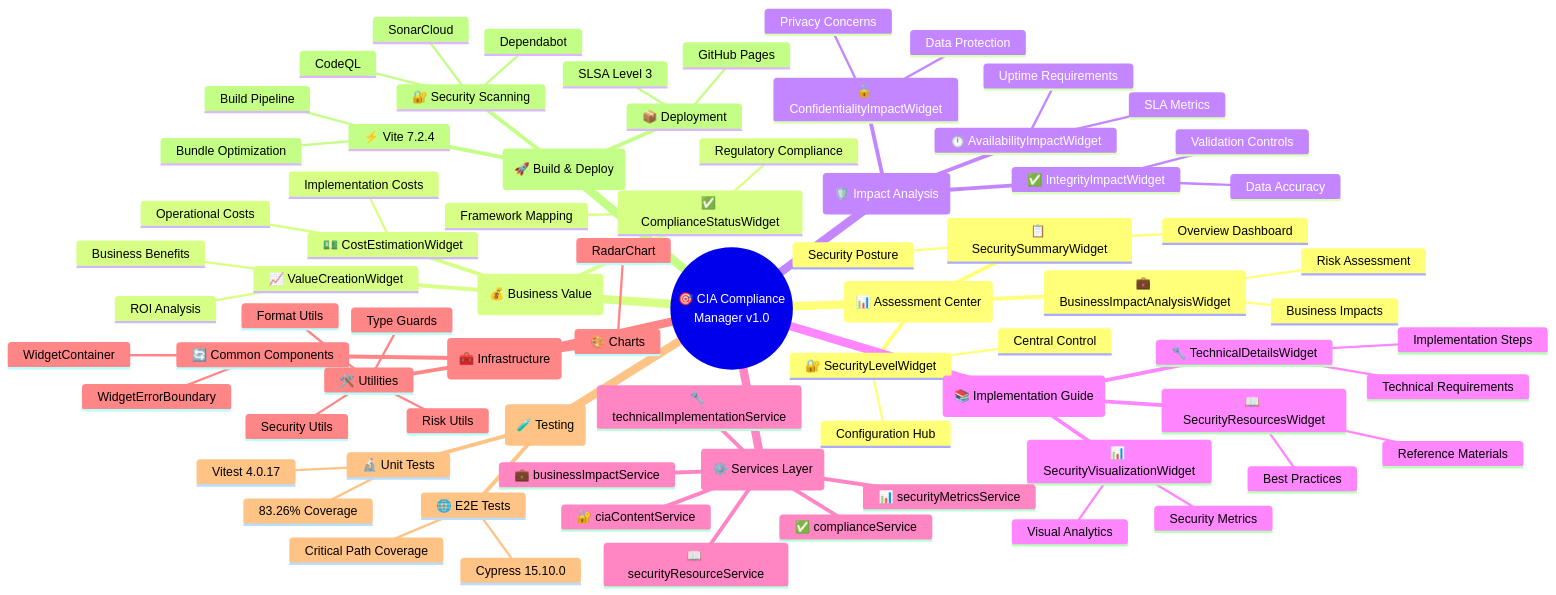
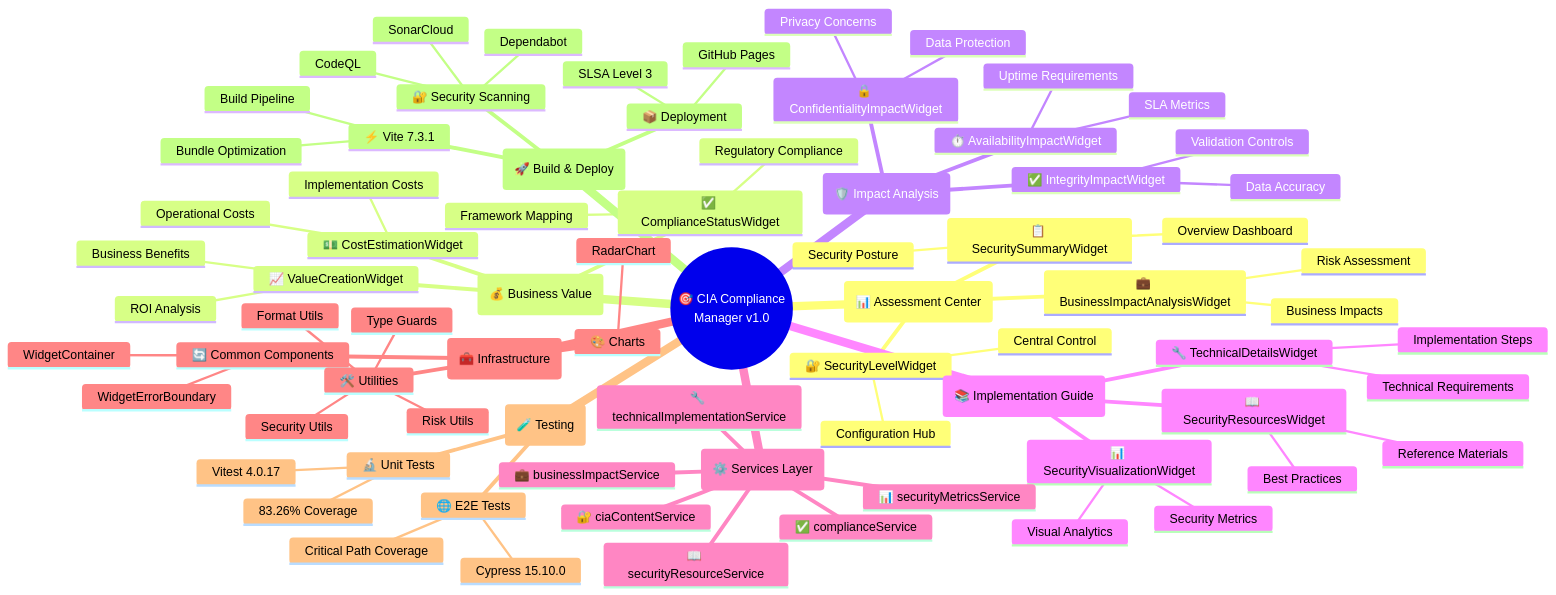
Before and after one commit to Hack23/cia-compliance-manager: the first of 13 diagrams in docs/architecture/MINDMAP.md, drawn with Mermaid. The commit also changed other lines of this file and 4 other files, not shown here.

````diff
--- a/docs/architecture/MINDMAP.md
+++ b/docs/architecture/MINDMAP.md
@@ -93,80 +93,80 @@
 ```mermaid
 mindmap
   root((🎯 CIA Compliance<br/>Manager v1.0))
     (📊 Assessment Center)
       🔐 SecurityLevelWidget
         Configuration Hub
         Central Control
       📋 SecuritySummaryWidget
         Overview Dashboard
         Security Posture
       💼 BusinessImpactAnalysisWidget
         Risk Assessment
         Business Impacts
     (💰 Business Value)
       ✅ ComplianceStatusWidget
         Framework Mapping
         Regulatory Compliance
       💵 CostEstimationWidget
         Implementation Costs
         Operational Costs
       📈 ValueCreationWidget
         Business Benefits
         ROI Analysis
     (🛡️ Impact Analysis)
       🔒 ConfidentialityImpactWidget
         Data Protection
         Privacy Concerns
       ✅ IntegrityImpactWidget
         Data Accuracy
         Validation Controls
       ⏱️ AvailabilityImpactWidget
         Uptime Requirements
         SLA Metrics
     (📚 Implementation Guide)
       🔧 TechnicalDetailsWidget
         Technical Requirements
         Implementation Steps
       📖 SecurityResourcesWidget
         Reference Materials
         Best Practices
       📊 SecurityVisualizationWidget
         Security Metrics
         Visual Analytics
     (⚙️ Services Layer)
       🔐 ciaContentService
       💼 businessImpactService
       ✅ complianceService
       📊 securityMetricsService
       📖 securityResourceService
       🔧 technicalImplementationService
     (🧰 Infrastructure)
       🎨 Charts
         RadarChart
       🔄 Common Components
         WidgetContainer
         WidgetErrorBoundary
       🛠️ Utilities
         Security Utils
         Risk Utils
         Format Utils
         Type Guards
     (🧪 Testing)
       🔬 Unit Tests
         Vitest 4.0.17
         83.26% Coverage
       🌐 E2E Tests
         Cypress 15.10.0
         Critical Path Coverage
     (🚀 Build & Deploy)
-      ⚡ Vite 7.2.4
+      ⚡ Vite 7.3.1
         Build Pipeline
         Bundle Optimization
       🔐 Security Scanning
         SonarCloud
         CodeQL
         Dependabot
       📦 Deployment
         GitHub Pages
         SLSA Level 3
 ```
````
